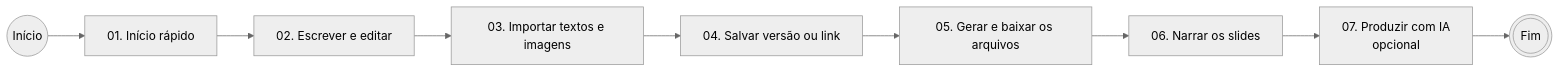
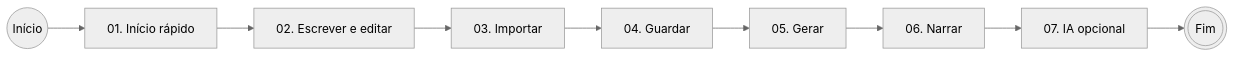
Before and after one commit to anacgovbr/conteudista: the second of 5 diagrams in web/exemplo/apresentacao.md, drawn with Mermaid (neutral theme). The commit also changed other lines of this file and 3 other files, not shown here.

````diff
--- a/web/exemplo/apresentacao.md
+++ b/web/exemplo/apresentacao.md
@@ -105,11 +103,11 @@
 ```mermaid
 flowchart LR
     T00((Início)) --> T01[01. Início rápido]
     T01 --> T02[02. Escrever e editar]
-    T02 --> T03[03. Importar textos e imagens]
-    T03 --> T04[04. Salvar versão ou link]
-    T04 --> T05[05. Gerar e baixar os arquivos]
-    T05 --> T06[06. Narrar os slides]
-    T06 --> T07[07. Produzir com IA<br/>opcional]
+    T02 --> T03[03. Importar]
+    T03 --> T04[04. Guardar]
+    T04 --> T05[05. Gerar]
+    T05 --> T06[06. Narrar]
+    T06 --> T07[07. IA opcional]
     T07 --> T99(((Fim)))
 ```
````
